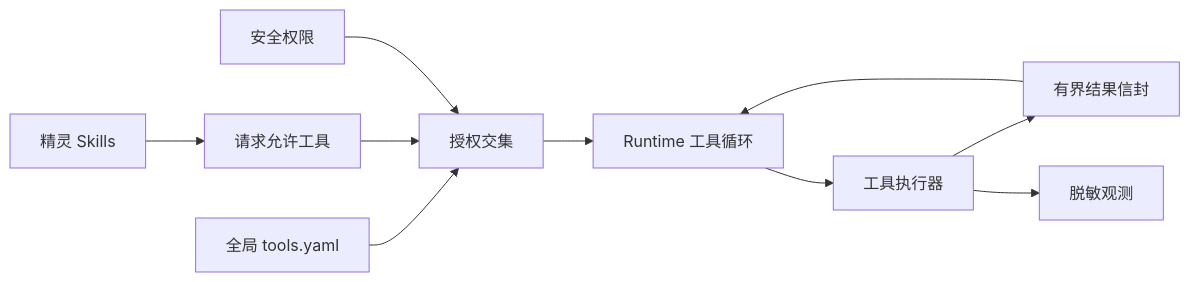
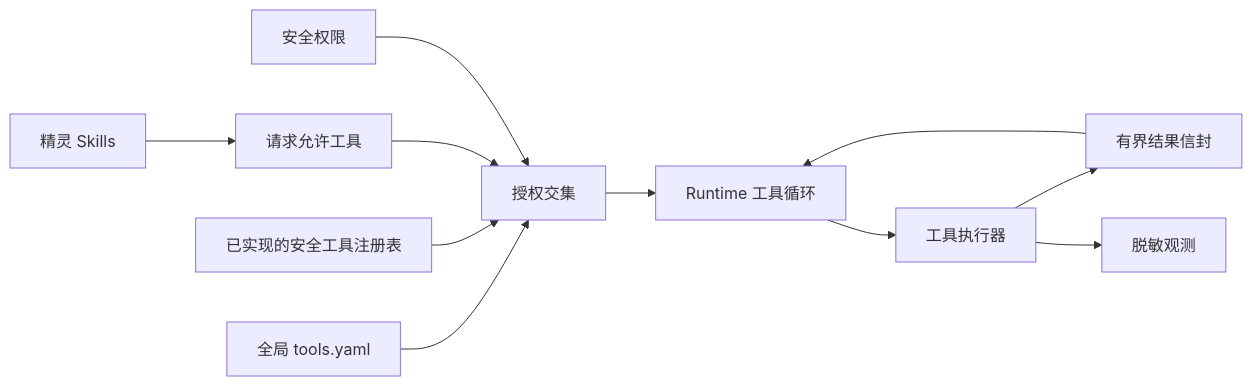
One commit to elfie-univ/ElfieNest changed the second of 2 diagrams in docs/zh/developer/architecture-ai-runtime.md. Above: the diagram before and after it, drawn with Mermaid. The commit also changed other lines of this file and 126 other files, not shown here.

````diff
--- a/docs/zh/developer/architecture-ai-runtime.md
+++ b/docs/zh/developer/architecture-ai-runtime.md
@@ -340,12 +340,13 @@
 ```mermaid
 flowchart LR
   SK["精灵 Skills"] --> AL["请求允许工具"]
   GC["全局 tools.yaml"] --> IX["授权交集"]
+  IR["已实现的安全工具注册表"] --> IX
   AL --> IX
   PM["安全权限"] --> IX
   IX --> TL["Runtime 工具循环"]
   TL --> EX["工具执行器"]
   EX --> BD["有界结果信封"]
   BD --> TL
   EX --> OB["脱敏观测"]
 ```
````
